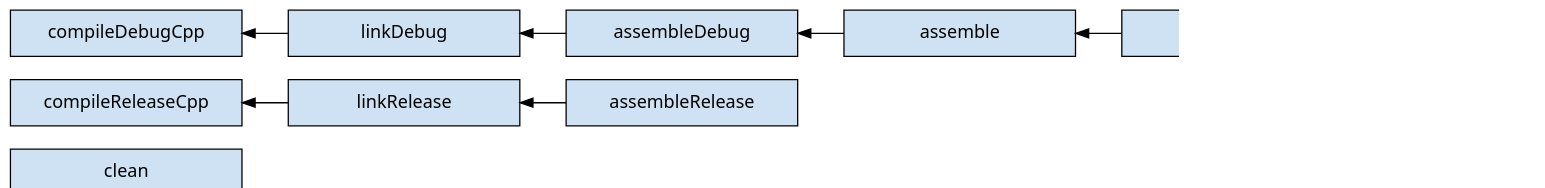
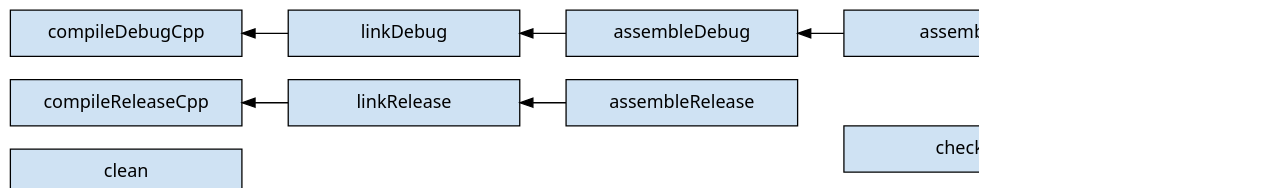
The diagram in subprojects/docs/src/docs/userguide/img/cpp-shared-library-task-graph.dot (gradle/gradle), drawn with Graphviz before and after one commit. The commit also changed 4 other files, not shown here.

```diff
--- a/subprojects/docs/src/docs/userguide/img/cpp-shared-library-task-graph.dot
+++ b/subprojects/docs/src/docs/userguide/img/cpp-shared-library-task-graph.dot
@@ -1,32 +1,37 @@
 // Copyright 2018 the original author or authors.
 //
 // Licensed under the Apache License, Version 2.0 (the "License");
 // you may not use this file except in compliance with the License.
 // You may obtain a copy of the License at
 //
 //      http://www.apache.org/licenses/LICENSE-2.0
 //
 // Unless required by applicable law or agreed to in writing, software
 // distributed under the License is distributed on an "AS IS" BASIS,
 // WITHOUT WARRANTIES OR CONDITIONS OF ANY KIND, either express or implied.
 // See the License for the specific language governing permissions and
 // limitations under the License.
 
 // dot -Tpng subprojects/docs/src/docs/userguide/img/cpp-shared-library-task-graph.dot > subprojects/docs/src/docs/userguide/img/cpp-shared-library-task-graph.png
 digraph cppSharedLibraryTaskGraph {
   graph [ dpi = 100, fontname="Sans"];
   node [fontname = "Sans"];
   edge [fontname = "Sans"];
   node [shape=rectangle, fixedsize=true, width=2.5, height=0.5];
   node [style=filled, fillcolor="#cfe2f3"]
   rankdir=LR
 
   compileDebugCpp -> linkDebug -> assembleDebug -> assemble -> build [dir=back]
-  build -> check
+  check -> build [dir=back]
   compileReleaseCpp -> linkRelease -> assembleRelease [dir=back]
   clean
 
   // Ensure ordering
   compileDebugCpp -> compileReleaseCpp -> clean [style=invis]
   {rank=same compileDebugCpp compileReleaseCpp clean}
+
+  assemble -> empty1 -> empty2 -> check [style=invis]
+  {rank=same assemble check empty1 empty2}
+  empty1[shape=plain, label=""]
+  empty2[shape=plain, label=""]
 }
```
